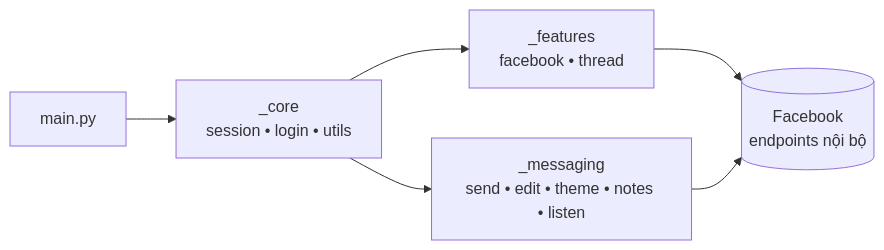
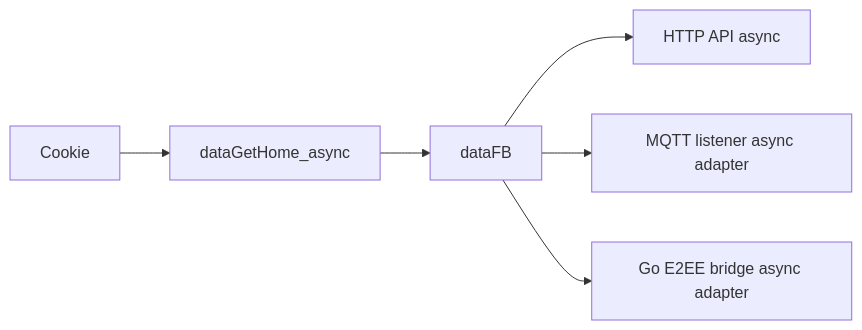
The diagram in README.md (m008v/fbchat-v2), drawn with Mermaid before and after one commit. The commit also changed other lines of this file and 74 other files, not shown here.

````diff
--- a/README.md
+++ b/README.md
@@ -104,8 +163,8 @@
 ```mermaid
 flowchart LR
-    A[main.py] --> B[_core<br/>session • login • utils]
-    B --> C[_features<br/>facebook • thread]
-    B --> D[_messaging<br/>send • edit • theme • notes • listen]
-    C --> E[(Facebook<br/>endpoints nội bộ)]
-    D --> E
+    A[Cookie] --> B[dataGetHome_async]
+    B --> C[dataFB]
+    C --> D[HTTP API async]
+    C --> E[MQTT listener async adapter]
+    C --> F[Go E2EE bridge async adapter]
 ```
````
